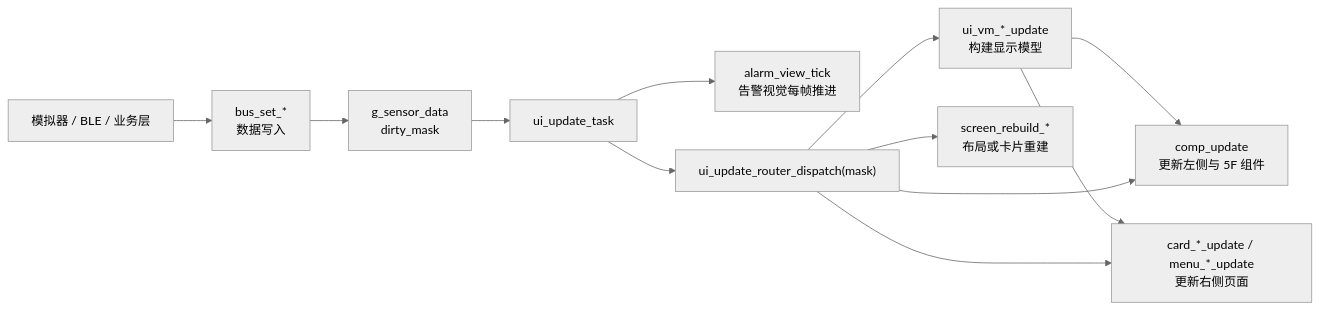
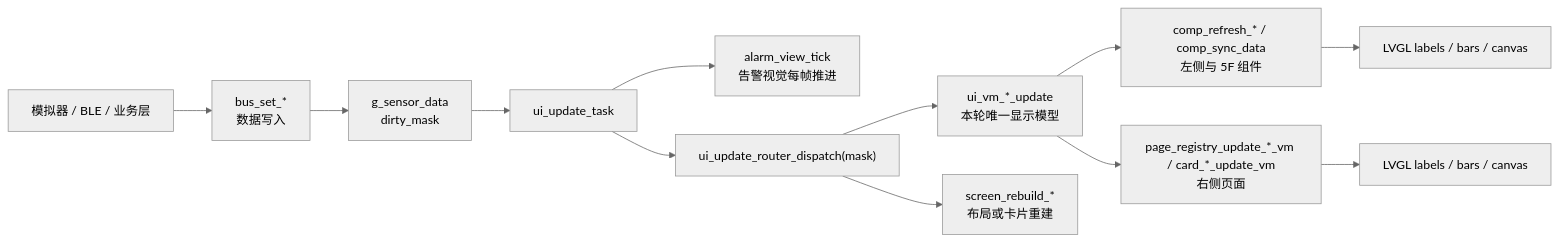
One commit to arexvision/lv_port_win_codeblocks-release-v8.3_hasGroup changed the second of 7 diagrams in UI_html_DOC/UI_MODULE_MAP.md. Above: the diagram before and after it, drawn with Mermaid (neutral theme). The commit also changed other lines of this file and 12 other files, not shown here.

````diff
--- a/UI_html_DOC/UI_MODULE_MAP.md
+++ b/UI_html_DOC/UI_MODULE_MAP.md
@@ -64,14 +64,14 @@
 ```mermaid
 flowchart LR
     Sim["模拟器 / BLE / 业务层"] --> Bus["bus_set_*<br/>数据写入"]
     Bus --> Sensor["g_sensor_data<br/>dirty_mask"]
     Sensor --> Tick["ui_update_task"]
     Tick --> AlarmTick["alarm_view_tick<br/>告警视觉每帧推进"]
     Tick --> Router["ui_update_router_dispatch(mask)"]
-    Router --> VM["ui_vm_*_update<br/>构建显示模型"]
-    VM --> Widgets
-    VM --> Cards
-    Router --> Widgets["comp_update<br/>更新左侧与 5F 组件"]
-    Router --> Cards["card_*_update / menu_*_update<br/>更新右侧页面"]
+    Router --> VM["ui_vm_*_update<br/>本轮唯一显示模型"]
+    VM --> Widgets["comp_refresh_* / comp_sync_data<br/>左侧与 5F 组件"]
+    VM --> Cards["page_registry_update_*_vm / card_*_update_vm<br/>右侧页面"]
+    Widgets --> LVGL1["LVGL labels / bars / canvas"]
+    Cards --> LVGL2["LVGL labels / bars / canvas"]
     Router --> ScreenRebuild["screen_rebuild_*<br/>布局或卡片重建"]
 ```
````
